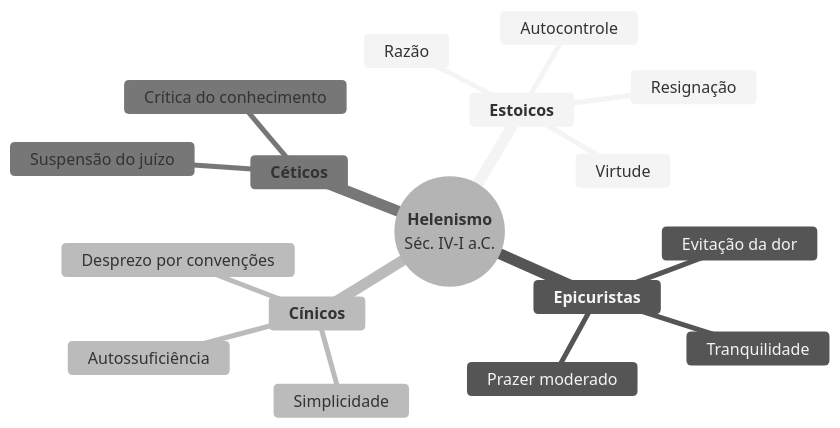
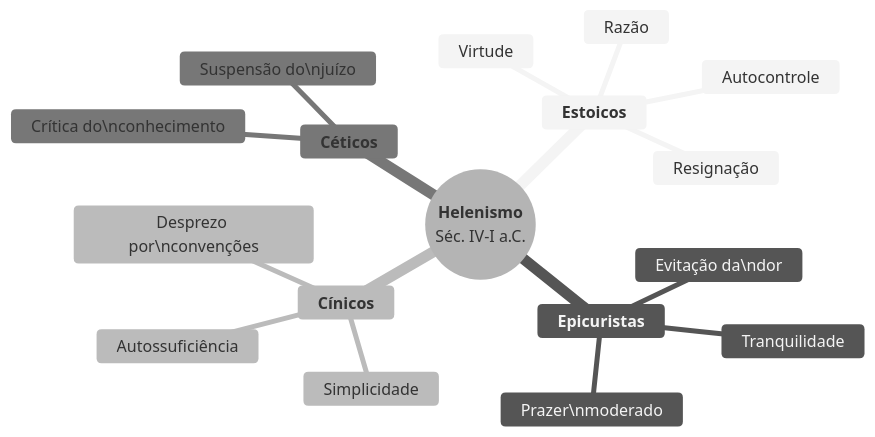
Before and after one commit to heitorgama/filosofia-vc: the second of 2 diagrams in slides/aula04_aristoteles.qmd, drawn with Mermaid (neutral theme). The commit also changed 1 other file, not shown here.

Commit message:
Aula 04: Consertar truncamento do texto nos mapas mentais

````diff
--- a/slides/aula04_aristoteles.qmd
+++ b/slides/aula04_aristoteles.qmd
@@ -341,24 +341,24 @@
 ```{mermaid}
 mindmap
   root((**Helenismo**<br>Séc. IV-I a.C.))
 
     **Estoicos**
       Virtude
       Autocontrole
       Razão
       Resignação
 
     **Epicuristas**
       Tranquilidade
-      Evitação da dor
-      Prazer moderado
+      Evitação da\ndor
+      Prazer\nmoderado
     
     **Cínicos**
       Simplicidade
-      Desprezo por convenções
+      Desprezo por\nconvenções
       Autossuficiência
     
     **Céticos**
-      Suspensão do juízo
-      Crítica do conhecimento
+      Suspensão do\njuízo
+      Crítica do\nconhecimento
 ```
````
